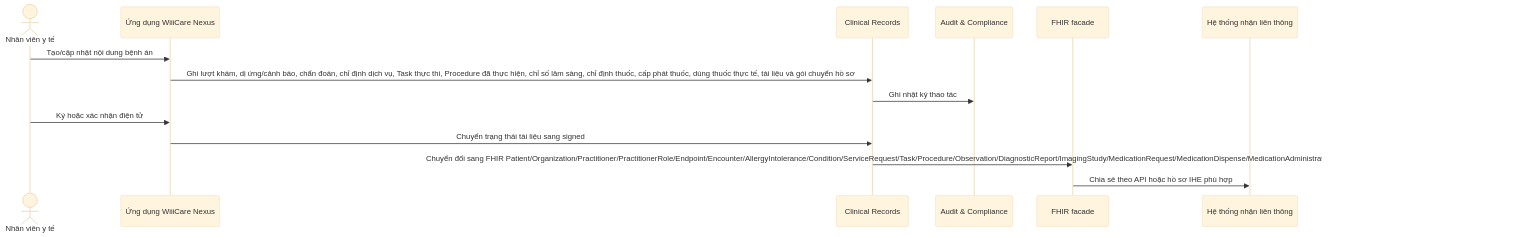
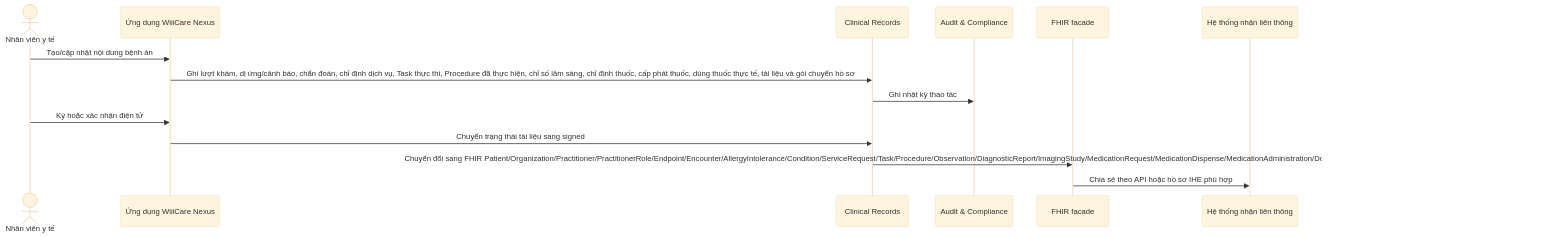
One commit to meiiie/benh_vien changed the second of 2 diagrams in docs/ARCHITECTURE.md. Above: the diagram before and after it, drawn with Mermaid (base theme). The commit also changed other lines of this file and 23 other files, not shown here.

Commit message:
feat: export document provenance as fhir

````diff
--- a/docs/ARCHITECTURE.md
+++ b/docs/ARCHITECTURE.md
@@ -61,17 +61,17 @@
 ```mermaid
 sequenceDiagram
   actor User as Nhân viên y tế
   participant App as Ứng dụng WiiiCare Nexus
   participant EMR as Clinical Records
   participant Audit as Audit & Compliance
   participant FHIR as FHIR facade
   participant Partner as Hệ thống nhận liên thông
 
   User->>App: Tạo/cập nhật nội dung bệnh án
   App->>EMR: Ghi lượt khám, dị ứng/cảnh báo, chẩn đoán, chỉ định dịch vụ, Task thực thi, Procedure đã thực hiện, chỉ số lâm sàng, chỉ định thuốc, cấp phát thuốc, dùng thuốc thực tế, tài liệu và gói chuyển hồ sơ
   EMR->>Audit: Ghi nhật ký thao tác
   User->>App: Ký hoặc xác nhận điện tử
   App->>EMR: Chuyển trạng thái tài liệu sang signed
-  EMR->>FHIR: Chuyển đổi sang FHIR Patient/Organization/Practitioner/PractitionerRole/Endpoint/Encounter/AllergyIntolerance/Condition/ServiceRequest/Task/Procedure/Observation/DiagnosticReport/ImagingStudy/MedicationRequest/MedicationDispense/MedicationAdministration/DocumentReference/Composition/Task chuyển hồ sơ
+  EMR->>FHIR: Chuyển đổi sang FHIR Patient/Organization/Practitioner/PractitionerRole/Endpoint/Encounter/AllergyIntolerance/Condition/ServiceRequest/Task/Procedure/Observation/DiagnosticReport/ImagingStudy/MedicationRequest/MedicationDispense/MedicationAdministration/DocumentReference/Provenance/Composition/Task chuyển hồ sơ
   FHIR->>Partner: Chia sẻ theo API hoặc hồ sơ IHE phù hợp
 ```
````
